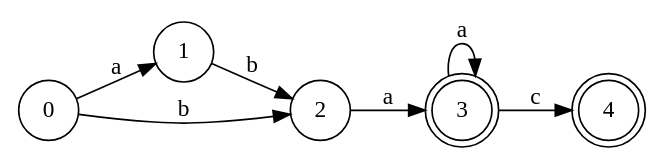
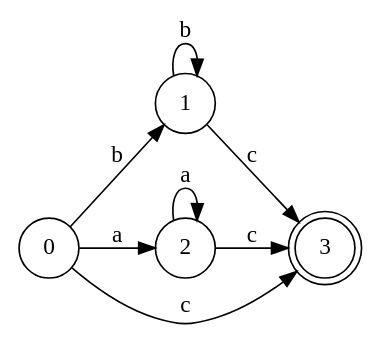
Before and after one commit to EstebanAG1005/LaboratorioB---DL: the diagram in dfa.gv, drawn with Graphviz. The commit also changed 7 other files, not shown here.

```diff
--- a/dfa.gv
+++ b/dfa.gv
@@ -1,19 +1,18 @@
 digraph finite_state_machine {
 	rankdir=LR size="8,5"
 	node [shape=circle]
 	0
 	node [shape=circle]
 	1
 	node [shape=circle]
 	2
 	node [shape=doublecircle]
 	3
-	node [shape=doublecircle]
-	4
-	0 -> 1 [label=a]
-	0 -> 2 [label=b]
-	1 -> 2 [label=b]
-	2 -> 3 [label=a]
-	3 -> 3 [label=a]
-	3 -> 4 [label=c]
+	0 -> 1 [label=b]
+	0 -> 2 [label=a]
+	0 -> 3 [label=c]
+	2 -> 2 [label=a]
+	2 -> 3 [label=c]
+	1 -> 1 [label=b]
+	1 -> 3 [label=c]
 }
```
